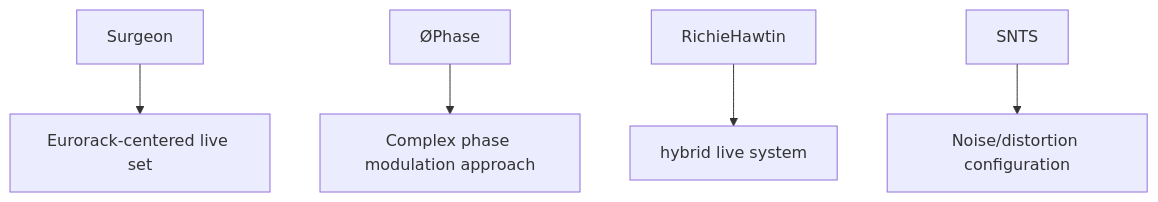
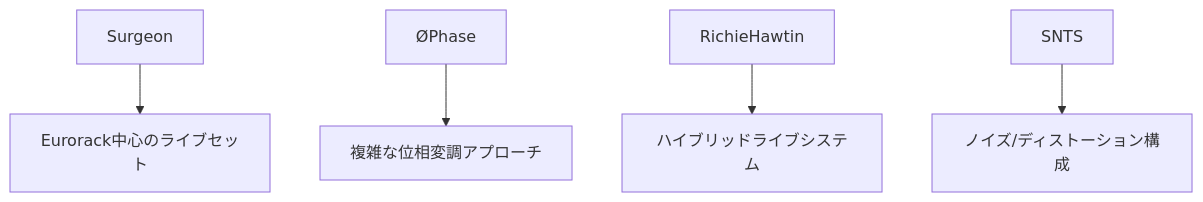
One commit to monumental-movement/monumental-movement.github.io changed the fourth of 12 diagrams in en/_posts/2025-11-30-column-modular-techno.md. Above: the diagram before and after it, drawn with Mermaid. The commit also changed other lines of this file and 2196 other files, not shown here.

```diff
--- a/en/_posts/2025-11-30-column-modular-techno.md
+++ b/en/_posts/2025-11-30-column-modular-techno.md
@@ -117,7 +117,7 @@
 <div class="mermaid">
 graph TD
-    Surgeon --> Eurorack[Eurorack-centered live set]
-    ØPhase --> PhaseMod[Complex phase modulation approach]
-    RichieHawtin --> HybridSet[hybrid live system]
-    SNTS --> NoiseStack[Noise/distortion configuration]
+    Surgeon --> Eurorack[Eurorack中心のライブセット]
+    ØPhase --> PhaseMod[複雑な位相変調アプローチ]
+    RichieHawtin --> HybridSet[ハイブリッドライブシステム]
+    SNTS --> NoiseStack[ノイズ/ディストーション構成]
 </div>
```
